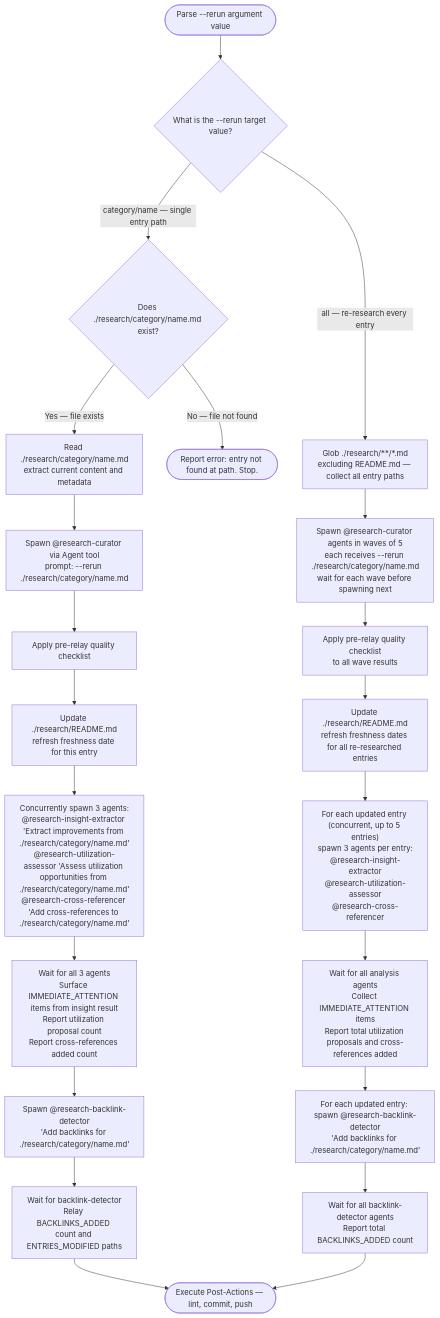
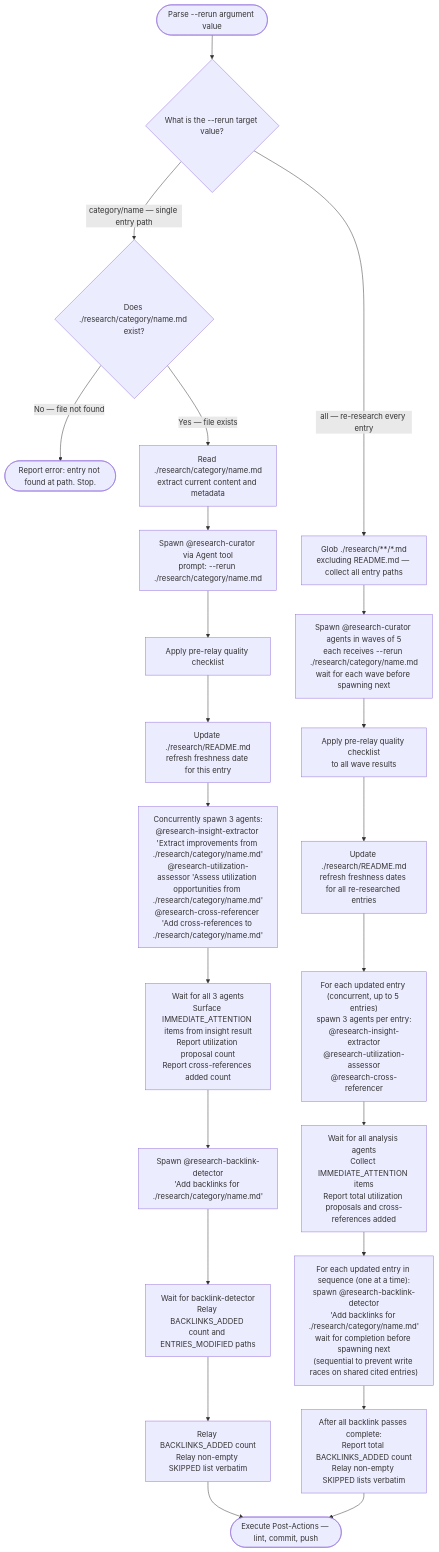
Before and after one commit to Jamie-BitFlight/claude_skills: the second of 3 diagrams in .claude/skills/research-curator/SKILL.md, drawn with Mermaid. The commit also changed other lines of this file and 1 other file, not shown here.

Commit message:
fix(research-curator): address Copilot review findings on backlink orchestration
Four issues from Copilot review of PR #2130:

1. Backlink step blocked by sibling failure: step 7 now explicitly states it
   runs when cross-referencer returns STATUS: complete, regardless of whether
   insight-extractor or utilization-assessor failed.

2. SKIPPED reasons not relayed: default mode step 8 and rerun mode step 9 now
   relay each (path, reason) pair from the SKIPPED list verbatim.

3. batch-mode.md stale: reference file now includes the backlink-detector post-pass
   in the Mermaid diagram, the "After all waves" summary block, and a new
   "Backlink phase serialization" note explaining why concurrent runs are unsafe.

4. Concurrent backlink-detector write race: batch Mermaid in SKILL.md and
   batch-mode.md now document sequential-per-entry spawning for the backlink
   pass to prevent lost-update races on shared cited entry files.

https://claude.ai/code/session_01YEbbuM55vGGTqNYgg5XXix

````diff
--- a/.claude/skills/research-curator/SKILL.md
+++ b/.claude/skills/research-curator/SKILL.md
@@ -232,24 +233,25 @@
 ```mermaid
 flowchart TD
     Start(["Parse --rerun argument value"]) --> Q{"What is the --rerun target value?"}
     Q -->|"category/name — single entry path"| VerifyFile{"Does ./research/category/name.md exist?"}
     Q -->|"all — re-research every entry"| FindAll["Glob ./research/**/*.md<br>excluding README.md — collect all entry paths"]
     VerifyFile -->|"No — file not found"| Missing(["Report error: entry not found at path. Stop."])
     VerifyFile -->|"Yes — file exists"| ReadFile["Read ./research/category/name.md<br>extract current content and metadata"]
     ReadFile --> Spawn1["Spawn @research-curator via Agent tool<br>prompt: --rerun ./research/category/name.md"]
     Spawn1 --> RelayCheck1["Apply pre-relay quality checklist"]
     RelayCheck1 --> UpdateDate["Update ./research/README.md<br>refresh freshness date for this entry"]
     FindAll --> WaveSpawn["Spawn @research-curator agents in waves of 5<br>each receives --rerun ./research/category/name.md<br>wait for each wave before spawning next"]
     WaveSpawn --> RelayCheck2["Apply pre-relay quality checklist<br>to all wave results"]
     RelayCheck2 --> UpdateDates["Update ./research/README.md<br>refresh freshness dates for all re-researched entries"]
     UpdateDate --> SpawnAnalysis1["Concurrently spawn 3 agents:<br>@research-insight-extractor 'Extract improvements from ./research/category/name.md'<br>@research-utilization-assessor 'Assess utilization opportunities from ./research/category/name.md'<br>@research-cross-referencer 'Add cross-references to ./research/category/name.md'"]
     SpawnAnalysis1 --> WaitAnalysis1["Wait for all 3 agents<br>Surface IMMEDIATE_ATTENTION items from insight result<br>Report utilization proposal count<br>Report cross-references added count"]
     WaitAnalysis1 --> SpawnBacklinks1["Spawn @research-backlink-detector<br>'Add backlinks for ./research/category/name.md'"]
     SpawnBacklinks1 --> WaitBacklinks1["Wait for backlink-detector<br>Relay BACKLINKS_ADDED count and ENTRIES_MODIFIED paths"]
-    WaitBacklinks1 --> PostActions(["Execute Post-Actions — lint, commit, push"])
+    WaitBacklinks1 --> RelayBacklinks1["Relay BACKLINKS_ADDED count<br>Relay non-empty SKIPPED list verbatim"]
+    RelayBacklinks1 --> PostActions(["Execute Post-Actions — lint, commit, push"])
     UpdateDates --> SpawnAnalysisN["For each updated entry (concurrent, up to 5 entries)<br>spawn 3 agents per entry:<br>@research-insight-extractor<br>@research-utilization-assessor<br>@research-cross-referencer"]
     SpawnAnalysisN --> WaitAnalysisN["Wait for all analysis agents<br>Collect IMMEDIATE_ATTENTION items<br>Report total utilization proposals and cross-references added"]
-    WaitAnalysisN --> SpawnBacklinksN["For each updated entry: spawn @research-backlink-detector<br>'Add backlinks for ./research/category/name.md'"]
-    SpawnBacklinksN --> WaitBacklinksN["Wait for all backlink-detector agents<br>Report total BACKLINKS_ADDED count"]
+    WaitAnalysisN --> SpawnBacklinksN["For each updated entry in sequence (one at a time):<br>spawn @research-backlink-detector<br>'Add backlinks for ./research/category/name.md'<br>wait for completion before spawning next<br>(sequential to prevent write races on shared cited entries)"]
+    SpawnBacklinksN --> WaitBacklinksN["After all backlink passes complete:<br>Report total BACKLINKS_ADDED count<br>Relay non-empty SKIPPED lists verbatim"]
     WaitBacklinksN --> PostActions
 ```
````
